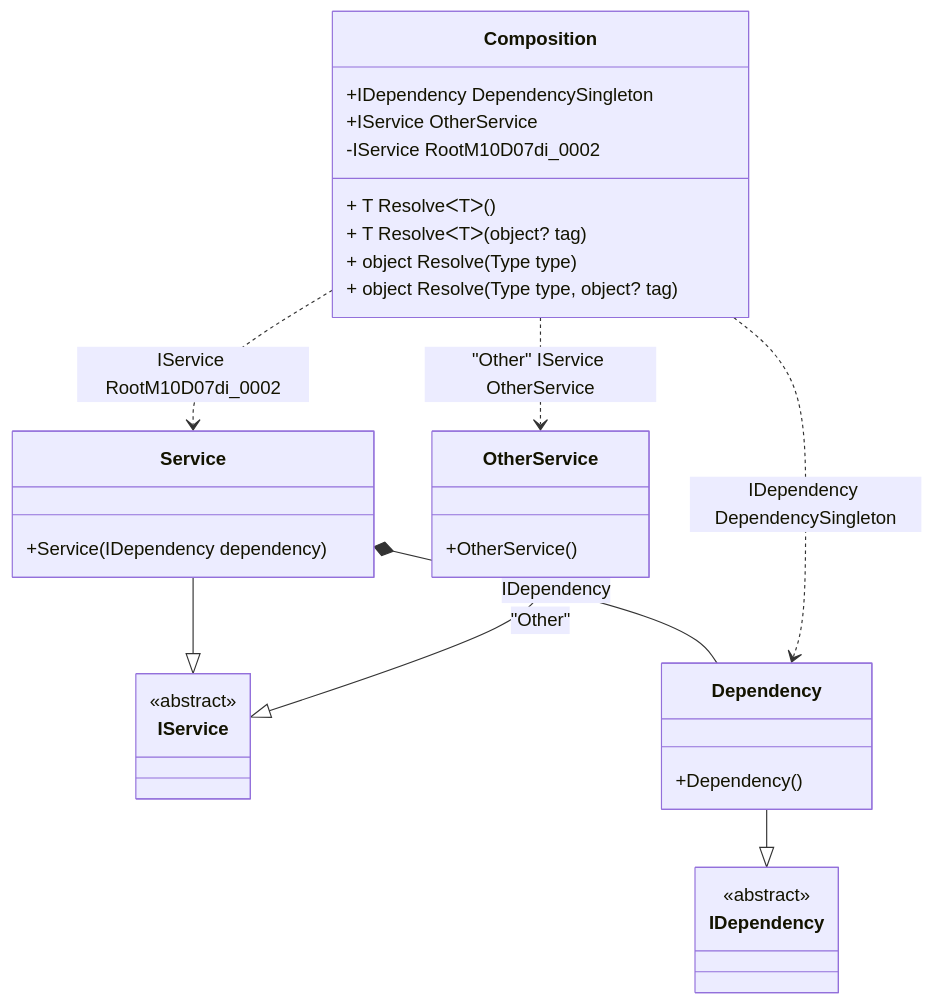
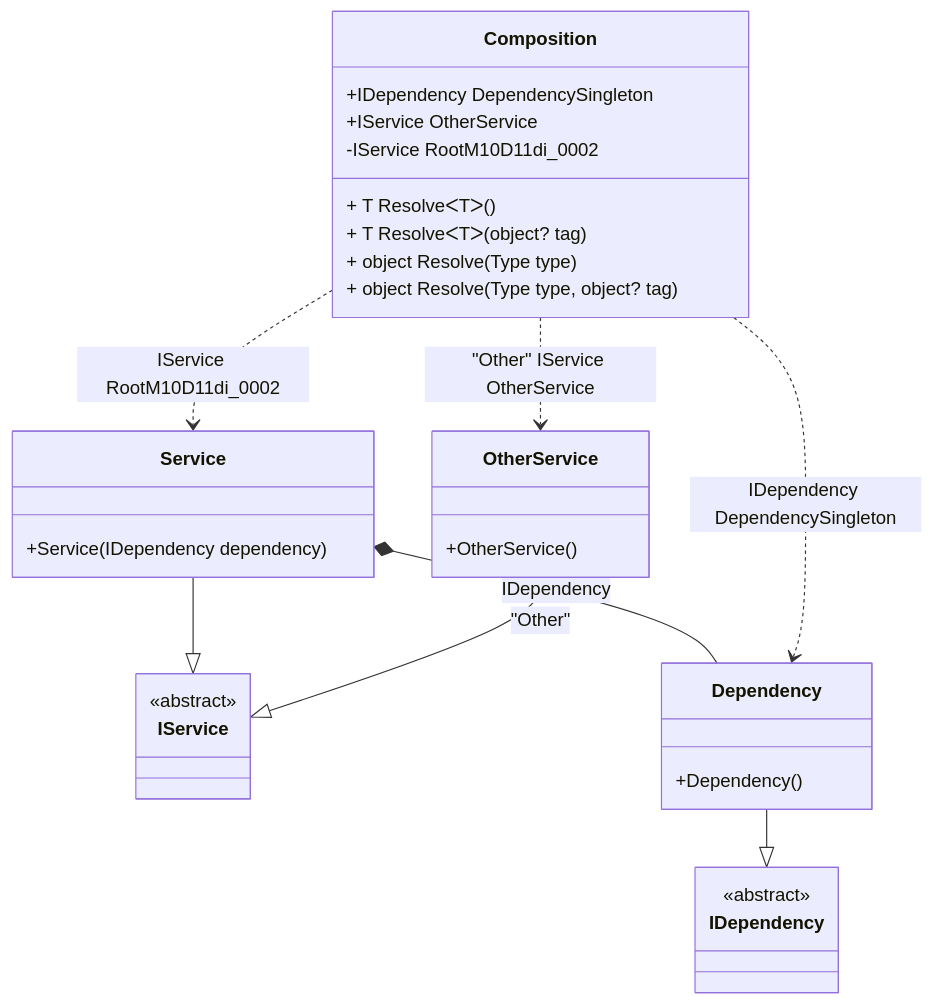
The diagram in readme/resolve-methods.md (DevTeam/Pure.DI), drawn with Mermaid before and after one commit. The commit also changed other lines of this file and 59 other files, not shown here.

````diff
--- a/readme/resolve-methods.md
+++ b/readme/resolve-methods.md
@@ -47,34 +47,34 @@
 ```mermaid
 classDiagram
   class Composition {
     +IDependency DependencySingleton
     +IService OtherService
-    -IService RootM10D07di_0002
+    -IService RootM10D11di_0002
     + T ResolveᐸTᐳ()
     + T ResolveᐸTᐳ(object? tag)
     + object Resolve(Type type)
     + object Resolve(Type type, object? tag)
   }
   Service --|> IService : 
   class Service {
     +Service(IDependency dependency)
   }
   Dependency --|> IDependency : 
   class Dependency {
     +Dependency()
   }
   OtherService --|> IService : "Other" 
   class OtherService {
     +OtherService()
   }
   class IService {
     <<abstract>>
   }
   class IDependency {
     <<abstract>>
   }
   Service *--  Dependency : IDependency
   Composition ..> Dependency : IDependency DependencySingleton
-  Composition ..> Service : IService RootM10D07di_0002
+  Composition ..> Service : IService RootM10D11di_0002
   Composition ..> OtherService : "Other" IService OtherService
 ```
````
